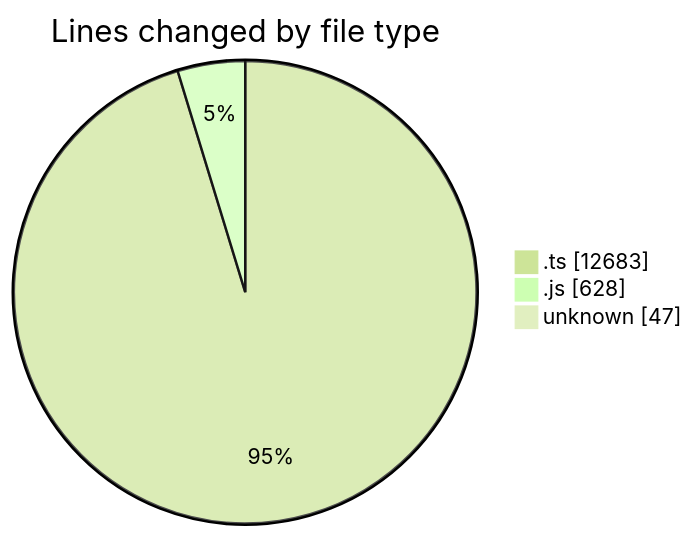
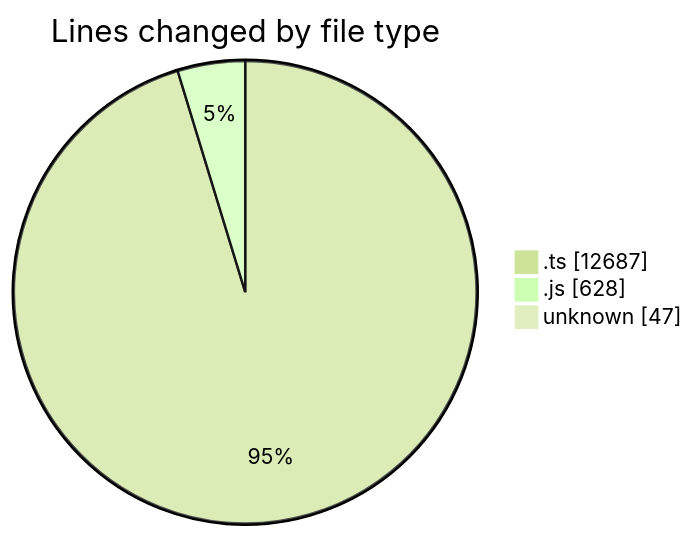
Before and after one commit to momahboobian/code-tracking: the first of 2 diagrams in 2025-09-05/cda/README.md, drawn with Mermaid (forest theme). The commit also changed other lines of this file and 1 other file, not shown here.

````diff
--- a/2025-09-05/cda/README.md
+++ b/2025-09-05/cda/README.md
@@ -25,7 +25,7 @@
 ```mermaid
 pie showData
 title Lines changed by file type
-".ts" : 12683
+".ts" : 12687
 ".js" : 628
 "unknown" : 47
 ```
````
